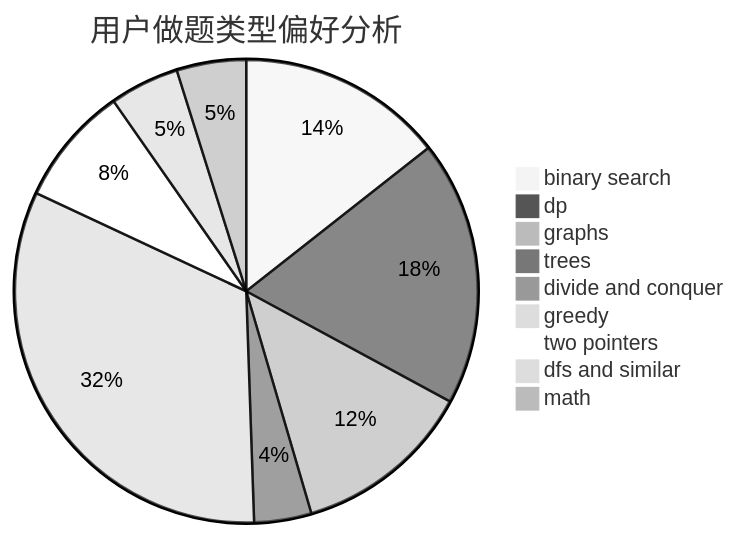
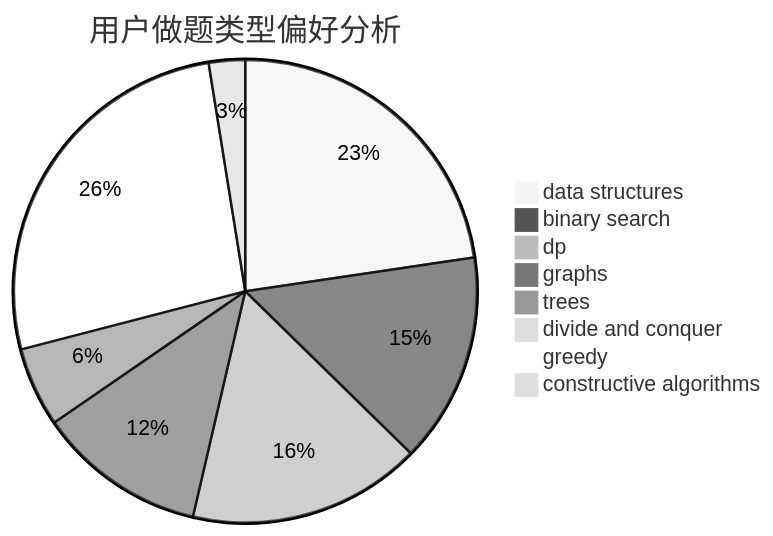
The second of 3 diagrams in docs/user/u296.md (sherpahu/cfrs.github.io), drawn with Mermaid (neutral theme) before and after one commit. The commit also changed other lines of this file and 2775 other files, not shown here.

````diff
--- a/docs/user/u296.md
+++ b/docs/user/u296.md
@@ -23,12 +23,11 @@
 ```mermaid
 pie title 用户做题类型偏好分析
-    "binary search" :  371
-    "dp" :  477
-    "graphs" :  324
-    "trees" :  103
-    "divide and conquer" :  16
-    "greedy" :  838
-    "two pointers" :  215
-    "dfs and similar" :  125
-    "math" :  125
+    "data structures" :  331
+    "binary search" :  214
+    "dp" :  238
+    "graphs" :  172
+    "trees" :  81
+    "divide and conquer" :  8
+    "greedy" :  387
+    "constructive algorithms" :  37
 ```
````
